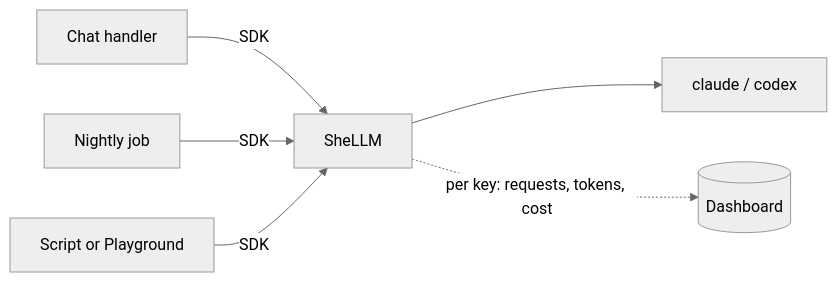
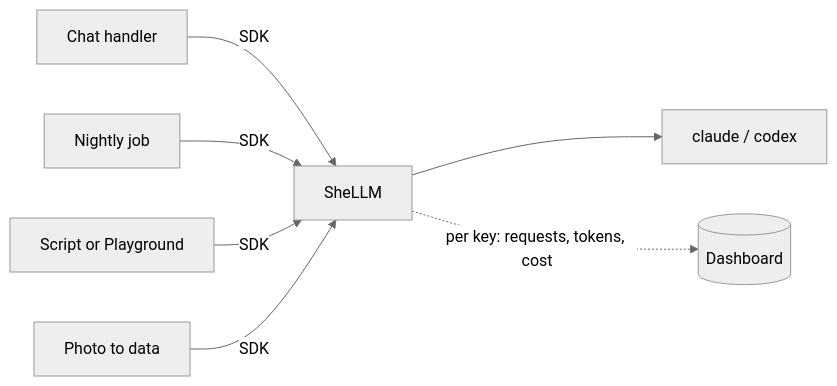
One commit to rodacato/SheLLM changed the first of 2 diagrams in README.md. Above: the diagram before and after it, drawn with Mermaid (neutral theme). The commit also changed other lines of this file and 1 other file, not shown here.

First line of the commit message:
docs: say what health probes run, and show the photo-to-data shape

````diff
--- a/README.md
+++ b/README.md
@@ -70,8 +71,9 @@
 ```mermaid
 graph LR
     A[Chat handler] -->|SDK| S
     B[Nightly job] -->|SDK| S
     C[Script or Playground] -->|SDK| S
+    E[Photo to data] -->|SDK| S
     S[SheLLM] --> CLI[claude / codex]
     S -.->|per key: requests, tokens, cost| D[(Dashboard)]
 ```
````
